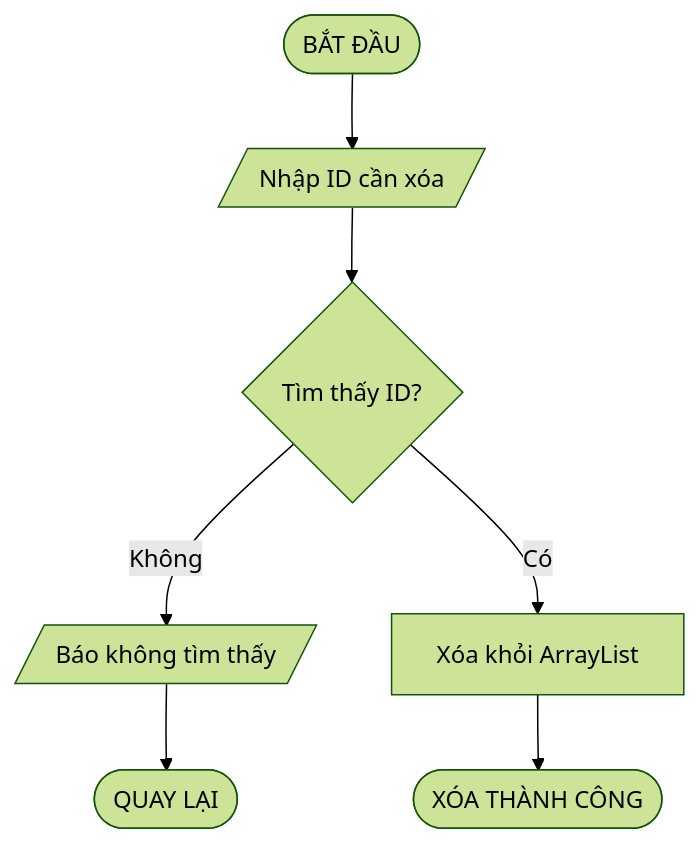
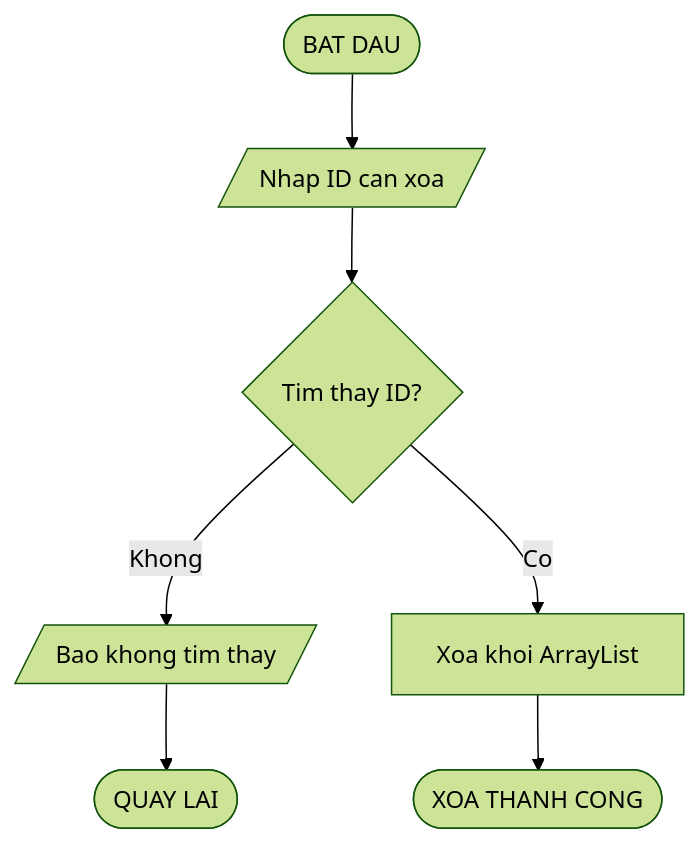
Before and after one commit to phucphuc2006/pro-192: the sixth of 20 diagrams in docs/Flowcharts/Flowcharts.md, drawn with Mermaid (forest theme). The commit also changed other lines of this file, not shown here.

Commit message:
Fix Mermaid syntax for GitHub compatibility

````diff
--- a/docs/Flowcharts/Flowcharts.md
+++ b/docs/Flowcharts/Flowcharts.md
@@ -110,9 +110,9 @@
 ```mermaid
 flowchart TD
-    A([BẮT ĐẦU]) --> B[/Nhập ID cần xóa/]
-    B --> C{Tìm thấy ID?}
-    C -->|Không| D[/Báo không tìm thấy/]
-    D --> E([QUAY LẠI])
-    C -->|Có| F[Xóa khỏi ArrayList]
-    F --> G([XÓA THÀNH CÔNG])
+    A([BAT DAU]) --> B[/Nhap ID can xoa/]
+    B --> C{Tim thay ID?}
+    C -->|Khong| D[/Bao khong tim thay/]
+    D --> E([QUAY LAI])
+    C -->|Co| F[Xoa khoi ArrayList]
+    F --> G([XOA THANH CONG])
 ```
````
